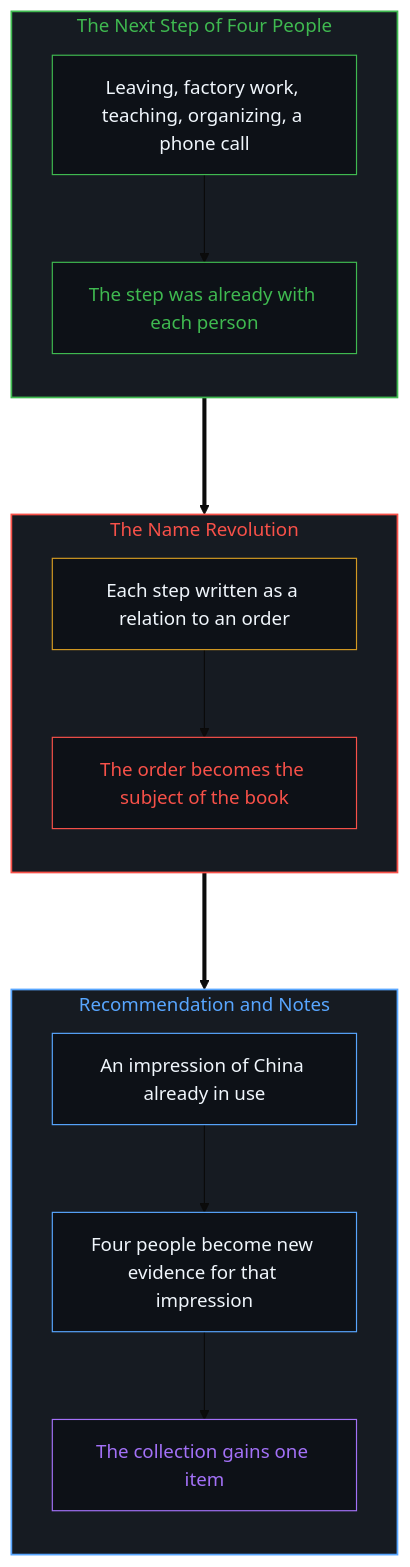
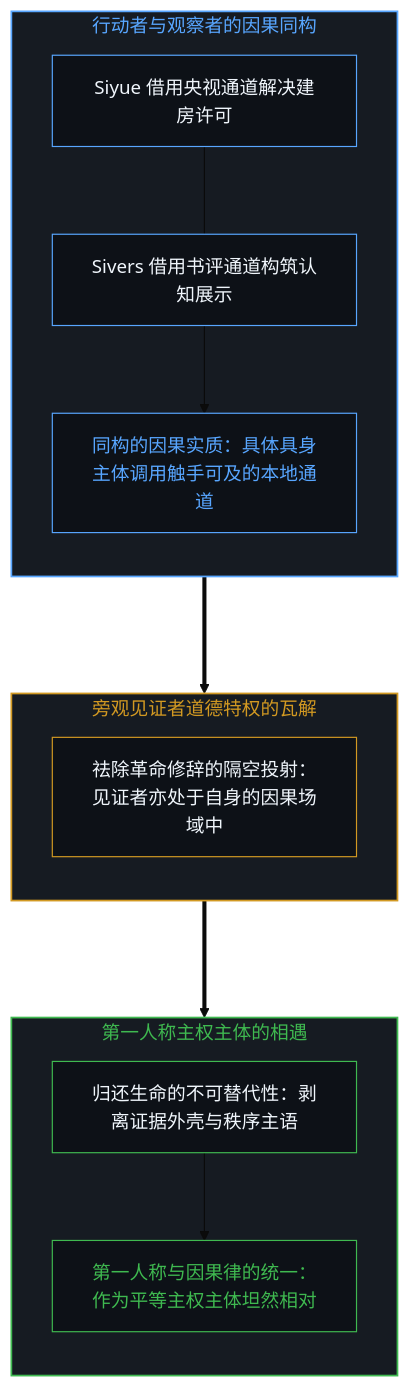
The seventh of 8 diagrams in content/posts/the-name-revolution-files-a-life-as-evidence.md (powerpig99/not-a-toe), drawn with Mermaid (base theme) before and after one commit. The commit also changed other lines of this file and 3 other files, not shown here.

Commit message:
refactor(post-340): elevate prose flow and deepen critique of narrative collapse and evidence filing

````diff
--- a/content/posts/the-name-revolution-files-a-life-as-evidence.md
+++ b/content/posts/the-name-revolution-files-a-life-as-evidence.md
@@ -58,28 +229,31 @@
 ```mermaid
 graph TD
-    subgraph S_Step_EN ["The Next Step of Four People"]
+    subgraph S_CausalSymmetry ["行动者与观察者的因果同构"]
         direction TB
-        NE1["Leaving, factory work, teaching, organizing, a phone call"] --> NE2["The step was already with each person"]
+        J1["Siyue 借用央视通道解决建房许可"] --- J2["Sivers 借用书评通道构筑认知展示"]
+        J2 --> J3["同构的因果实质：具体具身主体调用触手可及的本地通道"]
     end
-    subgraph S_Name_EN ["The Name Revolution"]
+
+    subgraph S_WitnessMyth ["旁观见证者道德特权的瓦解"]
         direction TB
-        NE3["Each step written as a relation to an order"] --> NE4["The order becomes the subject of the book"]
+        K1["祛除革命修辞的隔空投射：见证者亦处于自身的因果场域中"]
     end
-    subgraph S_File_EN ["Recommendation and Notes"]
+
+    subgraph S_SovereignEncounter ["第一人称主权主体的相遇"]
         direction TB
-        NE5["An impression of China already in use"] --> NE6["Four people become new evidence for that impression"]
-        NE6 --> NE7["The collection gains one item"]
+        L1["归还生命的不可替代性：剥离证据外壳与秩序主语"] --> L2["第一人称与因果律的统一：作为平等主权主体坦然相对"]
     end
-    NE2 ===> NE3
-    NE4 ===> NE5
-    style S_Step_EN fill:#161b22,stroke:#3fb950,stroke-width:1.5px,color:#3fb950
-    style S_Name_EN fill:#161b22,stroke:#f85149,stroke-width:1.5px,color:#f85149
-    style S_File_EN fill:#161b22,stroke:#58a6ff,stroke-width:1.5px,color:#58a6ff
-    style NE1 fill:#0d1117,stroke:#3fb950,stroke-width:1px,color:#f0f6fc
-    style NE2 fill:#0d1117,stroke:#3fb950,stroke-width:1px,color:#3fb950
-    style NE3 fill:#0d1117,stroke:#d29922,stroke-width:1px,color:#f0f6fc
-    style NE4 fill:#0d1117,stroke:#f85149,stroke-width:1px,color:#f85149
-    style NE5 fill:#0d1117,stroke:#58a6ff,stroke-width:1px,color:#f0f6fc
-    style NE6 fill:#0d1117,stroke:#58a6ff,stroke-width:1px,color:#f0f6fc
-    style NE7 fill:#0d1117,stroke:#a371f7,stroke-width:1px,color:#a371f7
+
+    J3 ===> K1
+    K1 ===> L1
+
+    style S_CausalSymmetry fill:#161b22,stroke:#58a6ff,stroke-width:1.5px,color:#58a6ff
+    style S_WitnessMyth fill:#161b22,stroke:#d29922,stroke-width:1.5px,color:#d29922
+    style S_SovereignEncounter fill:#161b22,stroke:#3fb950,stroke-width:1.5px,color:#3fb950
+    style J1 fill:#0d1117,stroke:#58a6ff,stroke-width:1px,color:#f0f6fc
+    style J2 fill:#0d1117,stroke:#58a6ff,stroke-width:1px,color:#f0f6fc
+    style J3 fill:#0d1117,stroke:#58a6ff,stroke-width:1px,color:#58a6ff
+    style K1 fill:#0d1117,stroke:#d29922,stroke-width:1px,color:#f0f6fc
+    style L1 fill:#0d1117,stroke:#3fb950,stroke-width:1px,color:#f0f6fc
+    style L2 fill:#0d1117,stroke:#3fb950,stroke-width:1px,color:#3fb950
 ```
````
